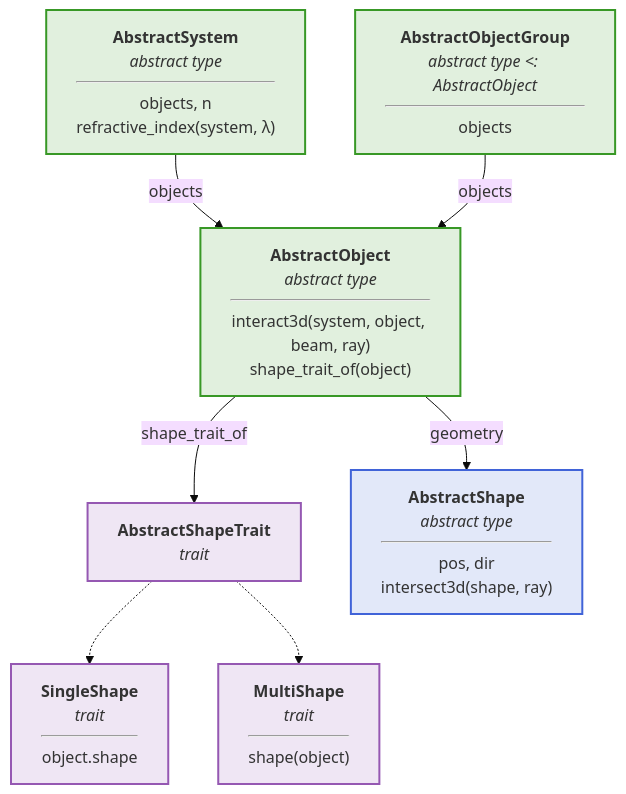
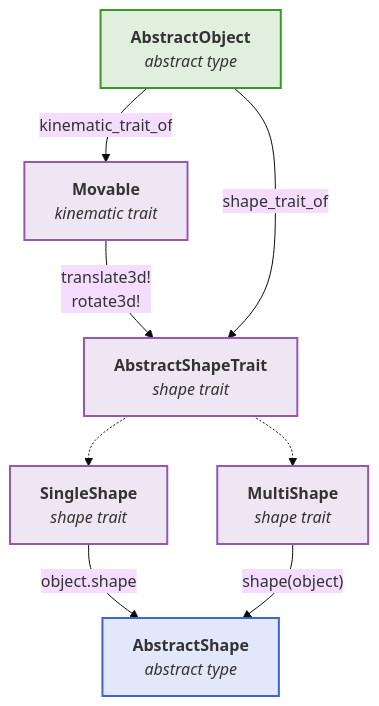
One commit to JuliaPhysics/BeamletOptics.jl changed the diagram in docs/src/api/geometry.md. Above: the diagram before and after it, drawn with Mermaid (base theme). The commit also changed other lines of this file and 3 other files, not shown here.

Commit message:
update mermaid diagrams

````diff
--- a/docs/src/api/geometry.md
+++ b/docs/src/api/geometry.md
@@ -9,24 +9,24 @@
 ```mermaid
 flowchart TB
-    SYS["<b>AbstractSystem</b><br/><i>abstract type</i><hr/>objects, n<br/>refractive_index(system, λ)"]
-    GRP["<b>AbstractObjectGroup</b><br/><i>abstract type #lt;: AbstractObject</i><hr/>objects"]
-    OBJ["<b>AbstractObject</b><br/><i>abstract type</i><hr/>interact3d(system, object, beam, ray)<br/>shape_trait_of(object)"]
-    TRT["<b>AbstractShapeTrait</b><br/><i>trait</i>"]
-    SGL["<b>SingleShape</b><br/><i>trait</i><hr/>object.shape"]
-    MLT["<b>MultiShape</b><br/><i>trait</i><hr/>shape(object)"]
-    SHP["<b>AbstractShape</b><br/><i>abstract type</i><hr/>pos, dir<br/>intersect3d(shape, ray)"]
+    OBJ["<b>AbstractObject</b><br/><i>abstract type</i>"]
+    MV["<b>Movable</b><br/><i>kinematic trait</i>"]
+    TRT["<b>AbstractShapeTrait</b><br/><i>shape trait</i>"]
+    SGL["<b>SingleShape</b><br/><i>shape trait</i>"]
+    MLT["<b>MultiShape</b><br/><i>shape trait</i>"]
+    SHP["<b>AbstractShape</b><br/><i>abstract type</i>"]
 
-    SYS -- objects --> OBJ
-    GRP -- objects --> OBJ
+    OBJ -- kinematic_trait_of --> MV
+    MV -- "translate3d!<br/>rotate3d!" --> TRT
     OBJ -- shape_trait_of --> TRT
     TRT -.-> SGL
     TRT -.-> MLT
-    OBJ -- geometry --> SHP
+    SGL -- object.shape --> SHP
+    MLT -- "shape(object)" --> SHP
 
     classDef blue fill:#4063D826,stroke:#4063D8,stroke-width:2px
     classDef green fill:#38982626,stroke:#389826,stroke-width:2px
     classDef purple fill:#9558B226,stroke:#9558B2,stroke-width:2px
     class SHP blue
-    class SYS,OBJ,GRP green
-    class TRT,SGL,MLT purple
+    class OBJ green
+    class MV,TRT,SGL,MLT purple
 ```
````
